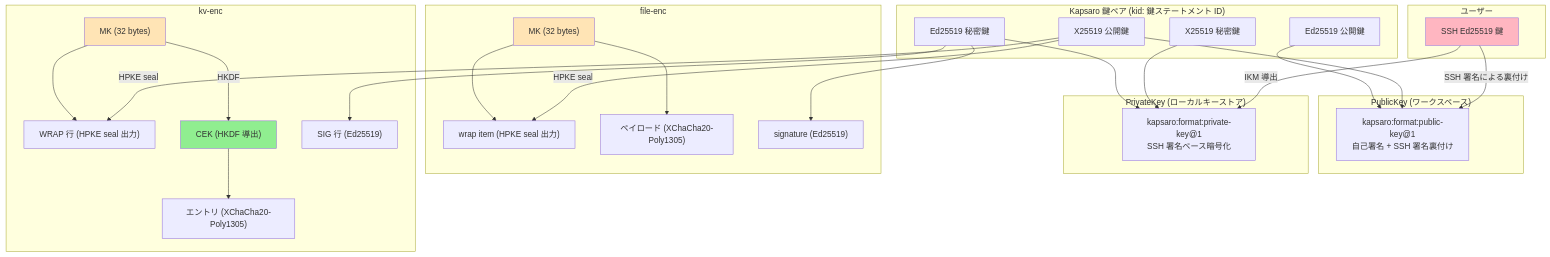
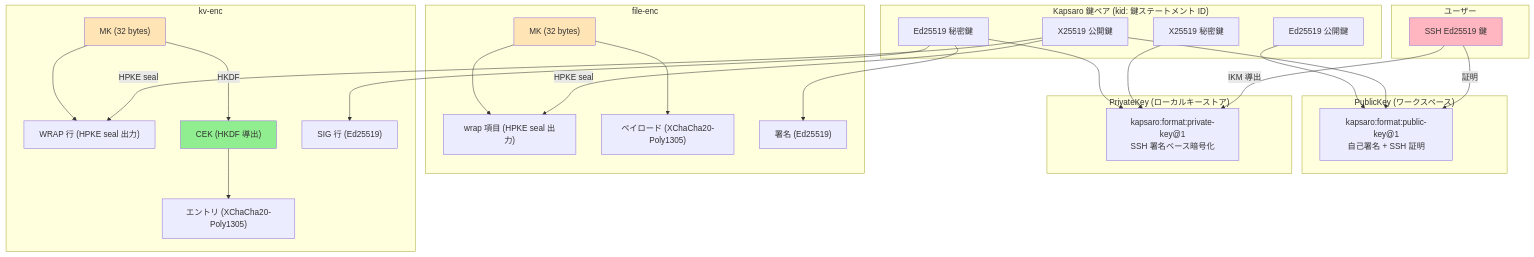
Before and after one commit to ebisawa/kapsaro: the sixth of 6 diagrams in guides/security_design_ja.md, drawn with Mermaid. The commit also changed other lines of this file and 12 other files, not shown here.

````diff
--- a/guides/security_design_ja.md
+++ b/guides/security_design_ja.md
@@ -1615,59 +1865,59 @@
 ```mermaid
 graph TB
     subgraph user["ユーザー"]
         SSH["SSH Ed25519 鍵"]
     end
 
     subgraph kapsaro_keys["Kapsaro 鍵ペア (kid: 鍵ステートメント ID)"]
         KEM_PK["X25519 公開鍵"]
         KEM_SK["X25519 秘密鍵"]
         SIG_PK["Ed25519 公開鍵"]
         SIG_SK["Ed25519 秘密鍵"]
     end
 
     subgraph public_key["PublicKey (ワークスペース)"]
-        PK_DOC["kapsaro:format:public-key@1<br/>自己署名 + SSH 署名裏付け"]
+        PK_DOC["kapsaro:format:public-key@1<br/>自己署名 + SSH 証明"]
     end
 
     subgraph private_key["PrivateKey (ローカルキーストア)"]
         PK_ENC["kapsaro:format:private-key@1<br/>SSH 署名ベース暗号化"]
     end
 
     subgraph file_enc["file-enc"]
         FILE_MK["MK (32 bytes)"]
-        FILE_WRAP["wrap item (HPKE seal 出力)"]
+        FILE_WRAP["wrap 項目 (HPKE seal 出力)"]
         FILE_PAYLOAD["ペイロード (XChaCha20-Poly1305)"]
-        FILE_SIG["signature (Ed25519)"]
+        FILE_SIG["署名 (Ed25519)"]
     end
 
     subgraph kv_enc["kv-enc"]
         MK["MK (32 bytes)"]
         KV_WRAP["WRAP 行 (HPKE seal 出力)"]
         CEK["CEK (HKDF 導出)"]
         ENTRY["エントリ (XChaCha20-Poly1305)"]
         KV_SIG["SIG 行 (Ed25519)"]
     end
 
-    SSH -->|SSH 署名による裏付け| PK_DOC
+    SSH -->|証明| PK_DOC
     SSH -->|IKM 導出| PK_ENC
     KEM_PK --> PK_DOC
     SIG_PK --> PK_DOC
     KEM_SK --> PK_ENC
     SIG_SK --> PK_ENC
 
     KEM_PK -->|HPKE seal| FILE_WRAP
     KEM_PK -->|HPKE seal| KV_WRAP
     FILE_MK --> FILE_WRAP
     FILE_MK --> FILE_PAYLOAD
     SIG_SK --> FILE_SIG
 
     MK --> KV_WRAP
     MK -->|HKDF| CEK
     CEK --> ENTRY
     SIG_SK --> KV_SIG
 
     style SSH fill:#FFB6C1
     style FILE_MK fill:#FFE4B5
     style MK fill:#FFE4B5
     style CEK fill:#90EE90
 ```
````
